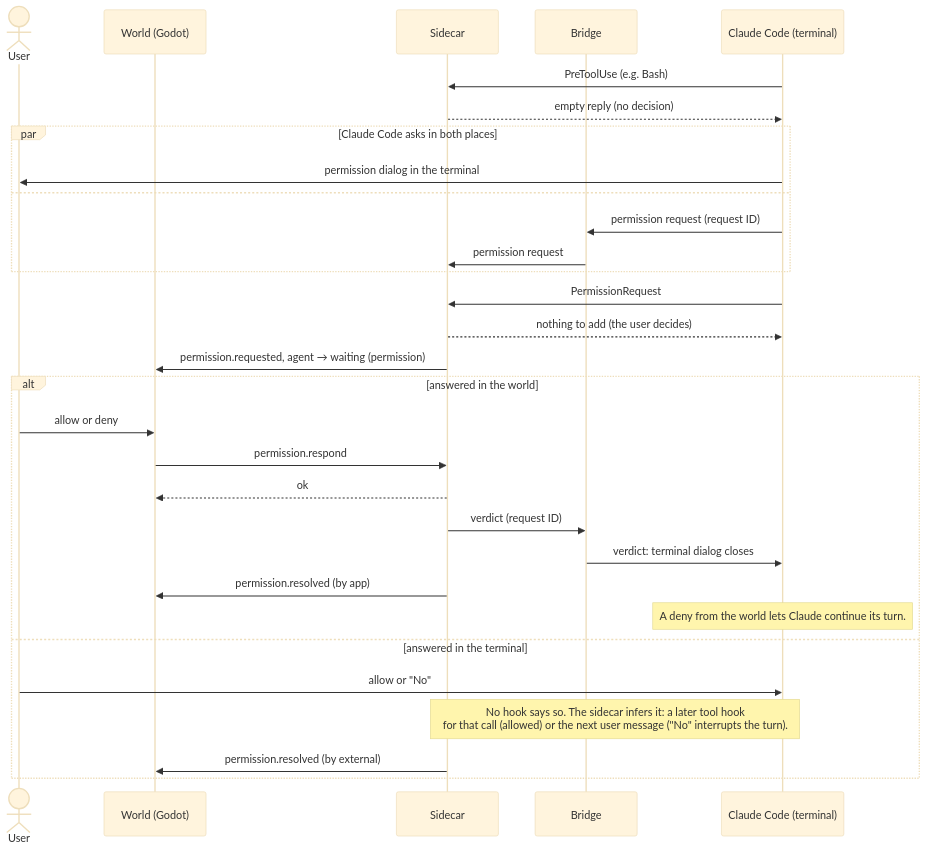
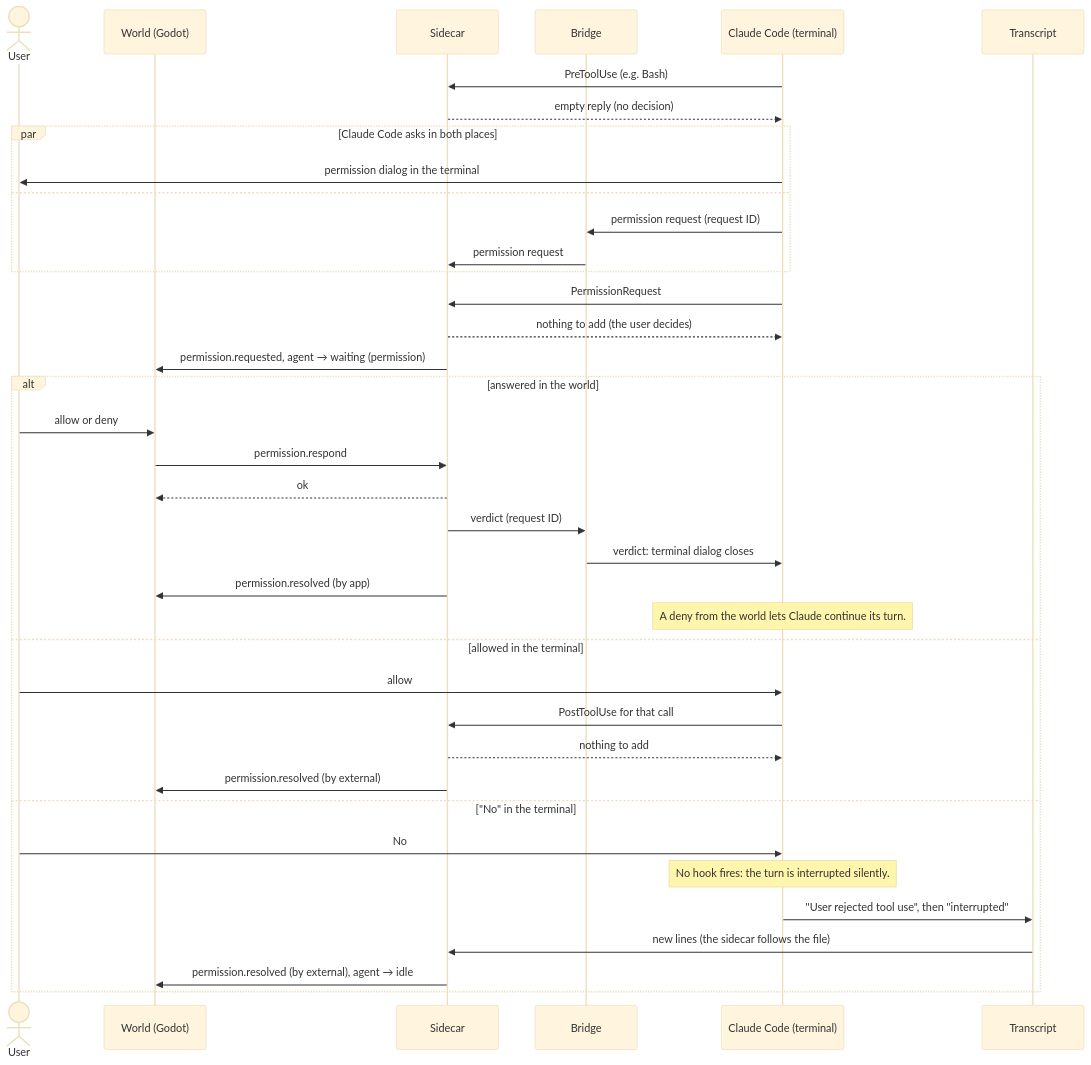
One commit to PaoloPortugal/The-Beach changed the third of 7 diagrams in docs/flows.md. Above: the diagram before and after it, drawn with Mermaid (base theme). The commit also changed other lines of this file and 4 other files, not shown here.

````diff
--- a/docs/flows.md
+++ b/docs/flows.md
@@ -96,33 +102,41 @@
 ```mermaid
 sequenceDiagram
     actor User
     participant World as World (Godot)
     participant Sidecar
     participant Bridge
     participant Claude as Claude Code (terminal)
+    participant Log as Transcript
 
     Claude->>Sidecar: PreToolUse (e.g. Bash)
     Sidecar-->>Claude: empty reply (no decision)
     par Claude Code asks in both places
         Claude->>User: permission dialog in the terminal
     and
         Claude->>Bridge: permission request (request ID)
         Bridge->>Sidecar: permission request
     end
     Claude->>Sidecar: PermissionRequest
     Sidecar-->>Claude: nothing to add (the user decides)
     Sidecar->>World: permission.requested, agent → waiting (permission)
     alt answered in the world
         User->>World: allow or deny
         World->>Sidecar: permission.respond
         Sidecar-->>World: ok
         Sidecar->>Bridge: verdict (request ID)
         Bridge->>Claude: verdict: terminal dialog closes
         Sidecar->>World: permission.resolved (by app)
         Note over Claude: A deny from the world lets Claude continue its turn.
-    else answered in the terminal
-        User->>Claude: allow or "No"
-        Note over Claude,Sidecar: No hook says so. The sidecar infers it: a later tool hook<br/>for that call (allowed) or the next user message ("No" interrupts the turn).
+    else allowed in the terminal
+        User->>Claude: allow
+        Claude->>Sidecar: PostToolUse for that call
+        Sidecar-->>Claude: nothing to add
         Sidecar->>World: permission.resolved (by external)
+    else "No" in the terminal
+        User->>Claude: No
+        Note over Claude: No hook fires: the turn is interrupted silently.
+        Claude->>Log: "User rejected tool use", then "interrupted"
+        Log->>Sidecar: new lines (the sidecar follows the file)
+        Sidecar->>World: permission.resolved (by external), agent → idle
     end
 ```
````
